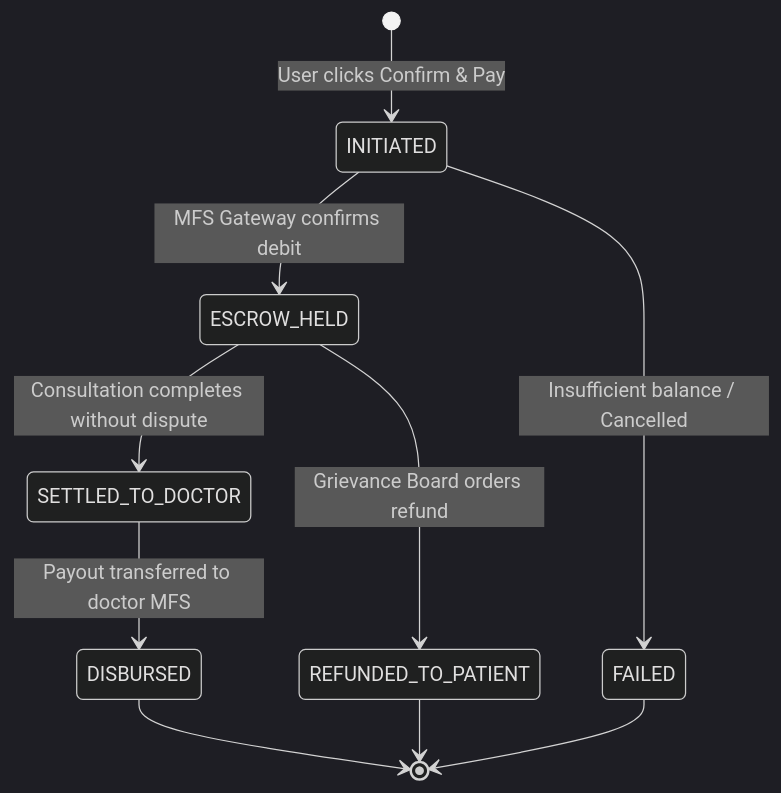
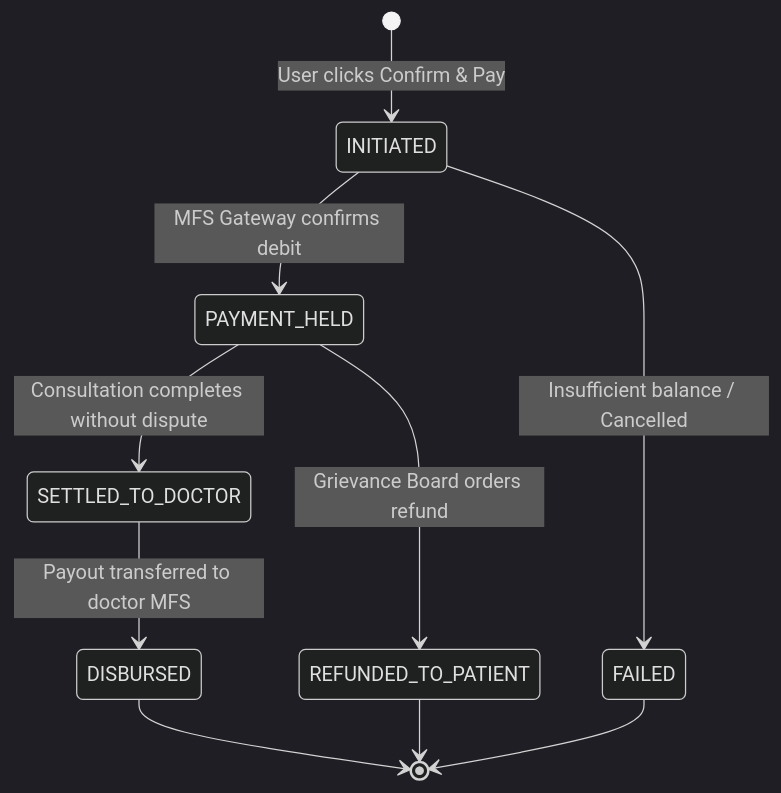
Before and after one commit to MeherabHS/hellodoctor: the second of 5 diagrams in docs/STATE_MACHINES.md, drawn with Mermaid (dark theme). The commit also changed other lines of this file and 35 other files, not shown here.

````diff
--- a/docs/STATE_MACHINES.md
+++ b/docs/STATE_MACHINES.md
@@ -51,12 +51,12 @@
 ```mermaid
 stateDiagram-v2
     [*] --> INITIATED: User clicks Confirm & Pay
-    INITIATED --> ESCROW_HELD: MFS Gateway confirms debit
+    INITIATED --> PAYMENT_HELD: MFS Gateway confirms debit
     INITIATED --> FAILED: Insufficient balance / Cancelled
-    ESCROW_HELD --> SETTLED_TO_DOCTOR: Consultation completes without dispute
-    ESCROW_HELD --> REFUNDED_TO_PATIENT: Grievance Board orders refund
+    PAYMENT_HELD --> SETTLED_TO_DOCTOR: Consultation completes without dispute
+    PAYMENT_HELD --> REFUNDED_TO_PATIENT: Grievance Board orders refund
     SETTLED_TO_DOCTOR --> DISBURSED: Payout transferred to doctor MFS
     DISBURSED --> [*]
     REFUNDED_TO_PATIENT --> [*]
     FAILED --> [*]
 ```
````
